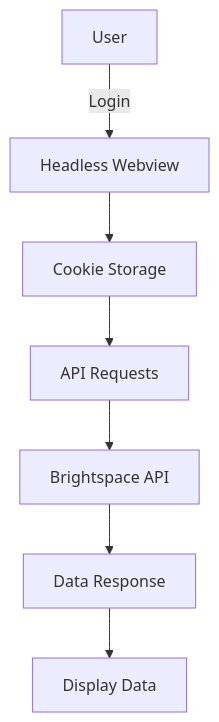
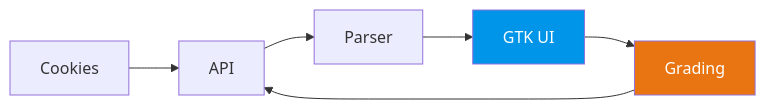
One commit to Code-For-Groningen/rustbright changed the second of 2 diagrams in README.md. Above: the diagram before and after it, drawn with Mermaid. The commit also changed other lines of this file, not shown here.

Commit message:
Better diagrams + d2l api docs

````diff
--- a/README.md
+++ b/README.md
@@ -17,9 +27,7 @@
 ```mermaid
-flowchart TD
-    A[User] -->|Login| B[Headless Webview]
-    B --> C[Cookie Storage]
-    C --> D[API Requests]
-    D --> E[Brightspace API]
-    E --> F[Data Response]
-    F --> G[Display Data]
+flowchart LR
+    A[Cookies] --> B[API] --> C[Parser] --> D[GTK UI] --> E[Grading] --> B
+    
+    style D fill:#0095E9,color:#fff
+    style E fill:#E87511,color:#fff
 ```
````
